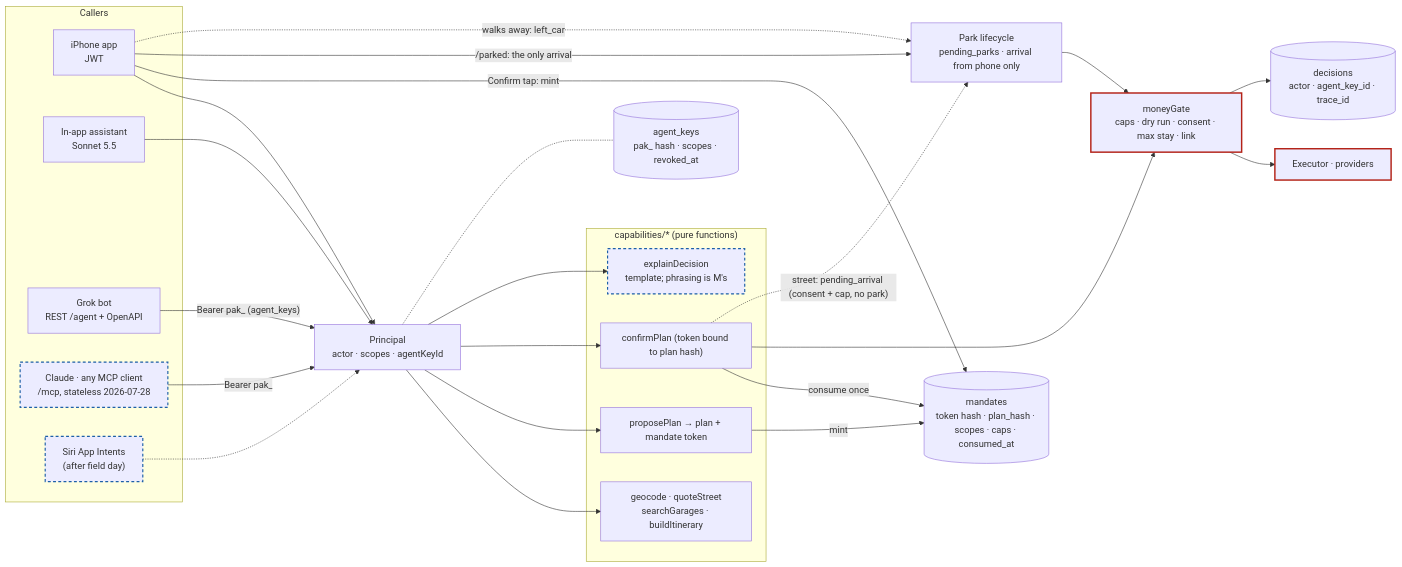
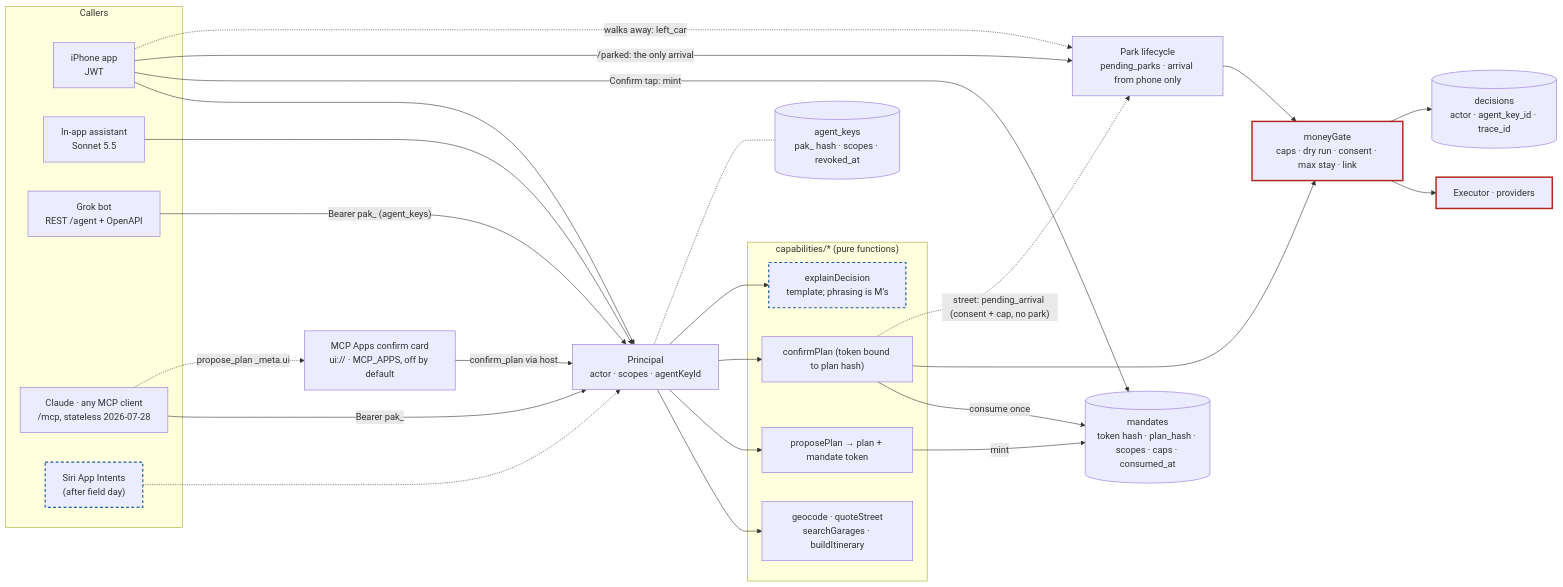
The third of 4 diagrams in docs/architecture.md (thomasbardhi01/parkagent), drawn with Mermaid before and after one commit. The commit also changed other lines of this file, not shown here.

Commit message:
docs/architecture.md: the /mcp surface and the MCP Apps confirm card (F)
Runtime view: R4 /mcp beside the assistant route, through agentActions
into the capabilities layer, as /agent does. After WS-4: Claude over
MCP is solid now, and the confirm card (MCP_APPS, off by default) hands
confirm_plan back through the host to the Principal.

````diff
--- a/docs/architecture.md
+++ b/docs/architecture.md
@@ -106,51 +108,54 @@
 ```mermaid
 flowchart LR
   subgraph Callers
     APP["iPhone app<br/>JWT"]
     LOOP["In-app assistant<br/>Sonnet 5.5"]
     GROK["Grok bot<br/>REST /agent + OpenAPI"]
     CL["Claude · any MCP client<br/>/mcp, stateless 2026-07-28"]
     SIRI["Siri App Intents<br/>(after field day)"]
   end
 
   P["Principal<br/>actor · scopes · agentKeyId"]
 
   subgraph Cap["capabilities/* (pure functions)"]
     C1["geocode · quoteStreet<br/>searchGarages · buildItinerary"]
     C2["proposePlan → plan + mandate token"]
     C3["confirmPlan (token bound to plan hash)"]
     C4["explainDecision<br/>template; phrasing is M's"]
   end
 
   GATE["moneyGate<br/>caps · dry run · consent · max stay · link"]
   LIFE["Park lifecycle<br/>pending_parks · arrival from phone only"]
   EXE["Executor · providers"]
   DEC[("decisions<br/>actor · agent_key_id · trace_id")]
   KEYS[("agent_keys<br/>pak_ hash · scopes · revoked_at")]
   MAND[("mandates<br/>token hash · plan_hash · scopes · caps · consumed_at")]
+  CARD["MCP Apps confirm card<br/>ui:// · MCP_APPS, off by default"]
 
   APP --> P
   LOOP --> P
   GROK -- "Bearer pak_ (agent_keys)" --> P
   CL -- "Bearer pak_" --> P
+  CL -. "propose_plan _meta.ui" .-> CARD
+  CARD -- "confirm_plan via host" --> P
   SIRI -.-> P
   P --> C1 & C2 & C3
   P --> C4
   P -.- KEYS
   C2 -- "mint" --> MAND
   C3 -- "consume once" --> MAND
   APP -- "Confirm tap: mint" --> MAND
   C3 --> GATE
   C3 -. "street: pending_arrival (consent + cap, no park)" .-> LIFE
   APP -- "/parked: the only arrival" --> LIFE
   LIFE --> GATE
   GATE --> EXE
   GATE --> DEC
   APP -. "walks away: left_car" .-> LIFE
 
   classDef money stroke:#b42318,stroke-width:2.5px
   classDef planned stroke:#1d5fa8,stroke-width:2px,stroke-dasharray:5 4
   class GATE,EXE money
-  class CL,SIRI planned
+  class SIRI planned
   class C4 planned
 ```
````
